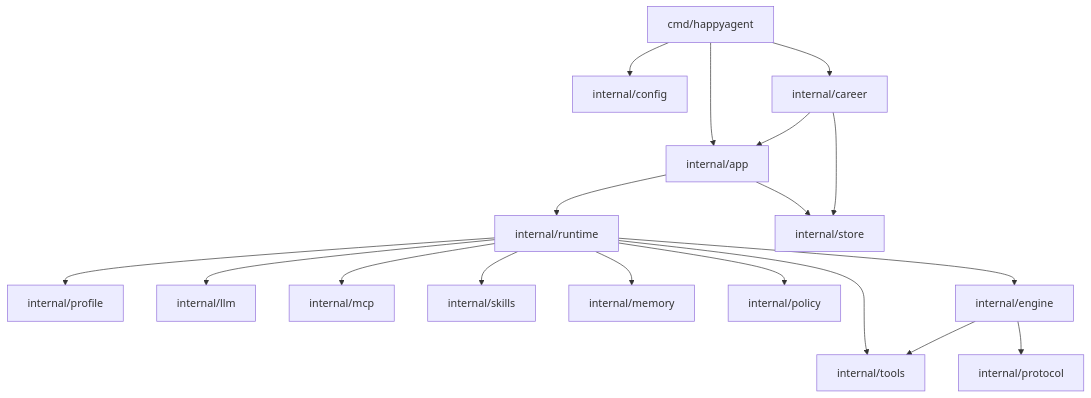
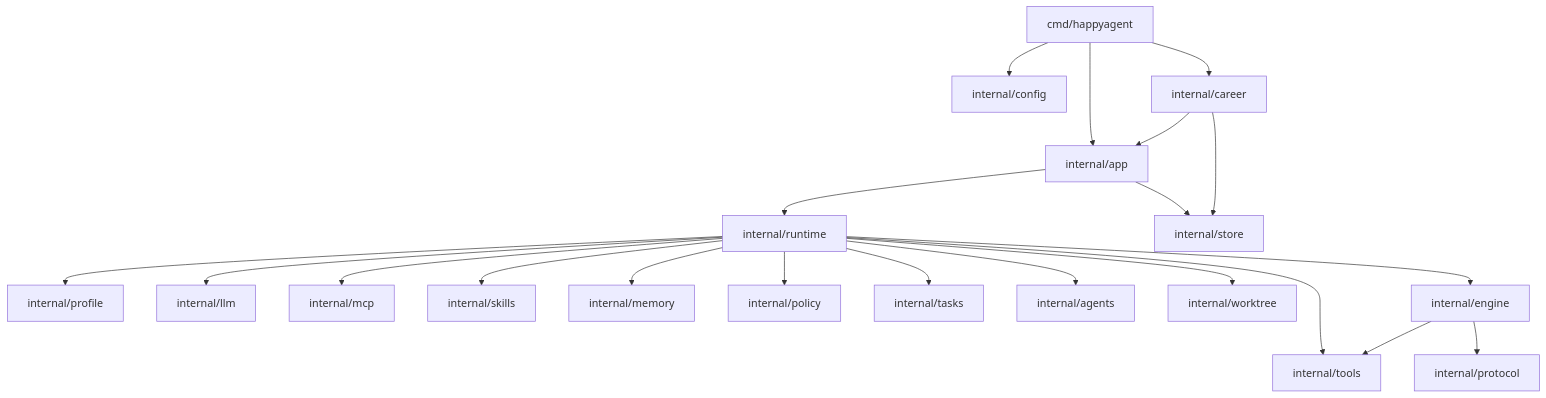
The diagram in docs/architecture.md (R1son234/happyagent), drawn with Mermaid before and after one commit. The commit also changed other lines of this file and 53 other files, not shown here.

````diff
--- a/docs/architecture.md
+++ b/docs/architecture.md
@@ -45,20 +44,23 @@
 ```mermaid
 flowchart TD
   CLI["cmd/happyagent"] --> Config["internal/config"]
   CLI --> App["internal/app"]
   CLI --> Career["internal/career"]
   App --> Runtime["internal/runtime"]
   App --> Store["internal/store"]
   Runtime --> Profile["internal/profile"]
   Runtime --> LLM["internal/llm"]
   Runtime --> Tools["internal/tools"]
   Runtime --> MCP["internal/mcp"]
   Runtime --> Skills["internal/skills"]
   Runtime --> Memory["internal/memory"]
   Runtime --> Policy["internal/policy"]
+  Runtime --> Tasks["internal/tasks"]
+  Runtime --> Agents["internal/agents"]
+  Runtime --> Worktree["internal/worktree"]
   Runtime --> Engine["internal/engine"]
   Engine --> Protocol["internal/protocol"]
   Engine --> Tools
   Career --> App
   Career --> Store
 ```
````
